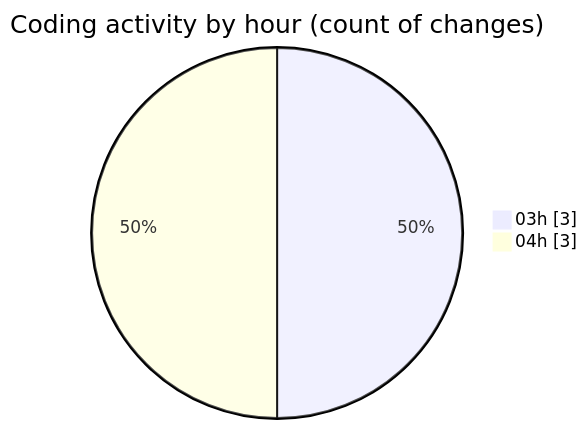
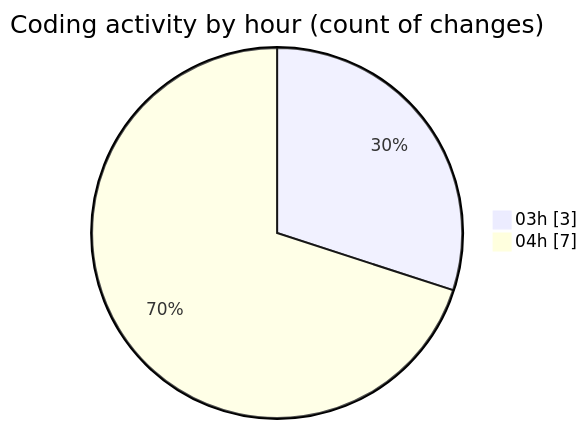
Before and after one commit to ernivani/code-tracking: the second of 2 diagrams in 2025-01-03/tinycms/README.md, drawn with Mermaid. The commit also changed other lines of this file and 2 other files, not shown here.

````diff
--- a/2025-01-03/tinycms/README.md
+++ b/2025-01-03/tinycms/README.md
@@ -32,6 +32,6 @@
 ```mermaid
 pie showData
 title Coding activity by hour (count of changes)
 "03h" : 3
-"04h" : 3
+"04h" : 7
 ```
````
